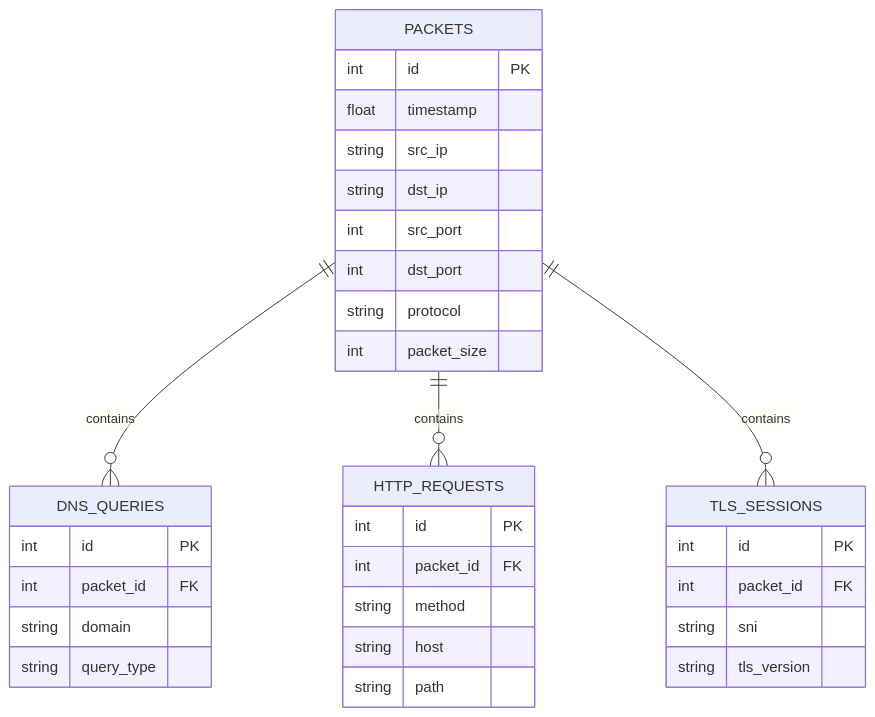
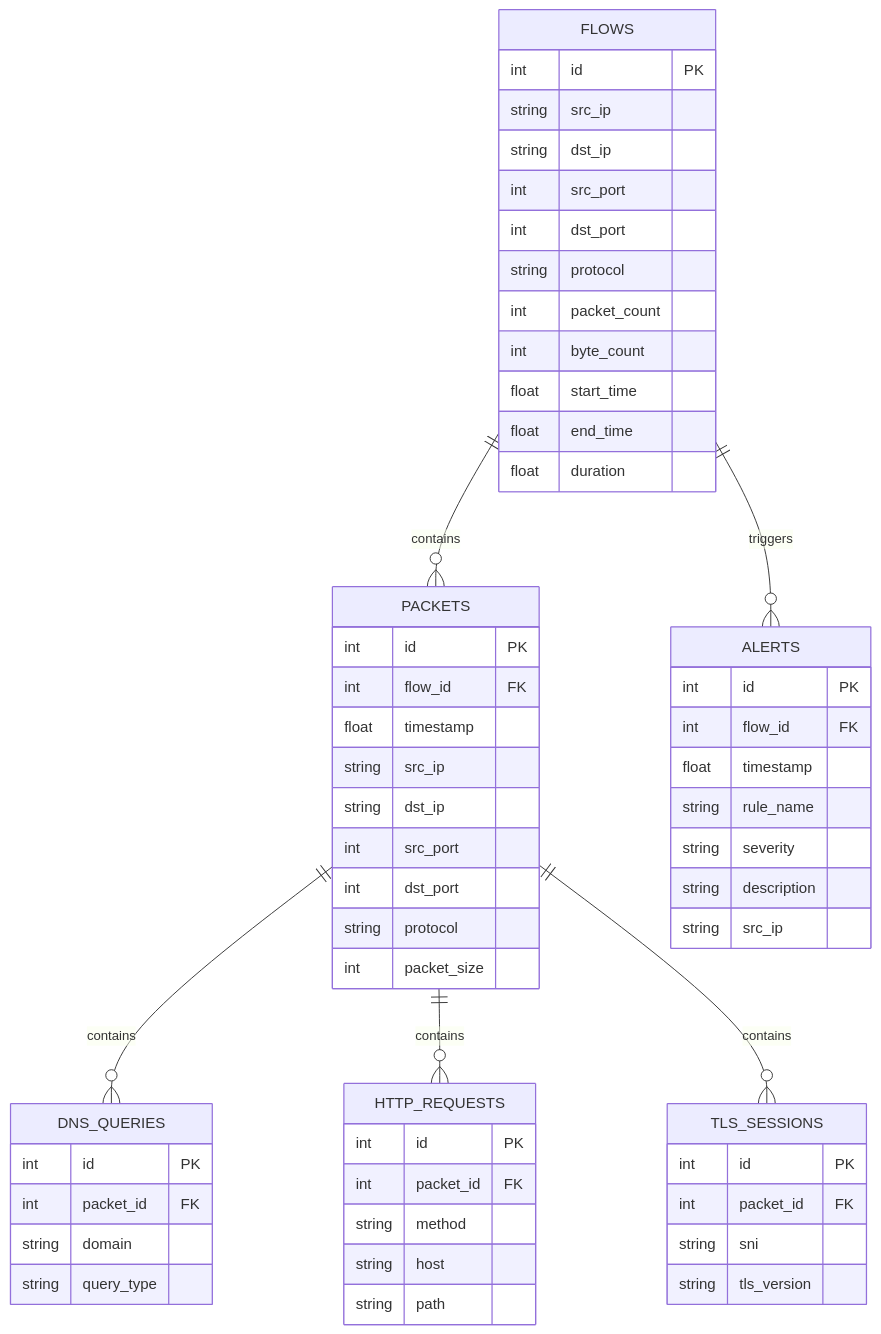
The diagram in README.md (abhishekkamble12/PACKETINSIGHTS), drawn with Mermaid before and after one commit. The commit also changed other lines of this file and 7 other files, not shown here.

````diff
--- a/README.md
+++ b/README.md
@@ -25,39 +28,66 @@
 ```mermaid
 erDiagram
+    FLOWS ||--o{ PACKETS : contains
+    FLOWS ||--o{ ALERTS : triggers
     PACKETS ||--o{ DNS_QUERIES : contains
     PACKETS ||--o{ HTTP_REQUESTS : contains
     PACKETS ||--o{ TLS_SESSIONS : contains
 
+    FLOWS {
+        int id PK
+        string src_ip
+        string dst_ip
+        int src_port
+        int dst_port
+        string protocol
+        int packet_count
+        int byte_count
+        float start_time
+        float end_time
+        float duration
+    }
+
     PACKETS {
         int id PK
+        int flow_id FK
         float timestamp
         string src_ip
         string dst_ip
         int src_port
         int dst_port
         string protocol
         int packet_size
+    }
+
+    ALERTS {
+        int id PK
+        int flow_id FK
+        float timestamp
+        string rule_name
+        string severity
+        string description
+        string src_ip
     }
 
     DNS_QUERIES {
         int id PK
         int packet_id FK
         string domain
         string query_type
     }
 
     HTTP_REQUESTS {
         int id PK
         int packet_id FK
         string method
         string host
         string path
     }
 
     TLS_SESSIONS {
         int id PK
         int packet_id FK
         string sni
         string tls_version
     }
 ```
````
